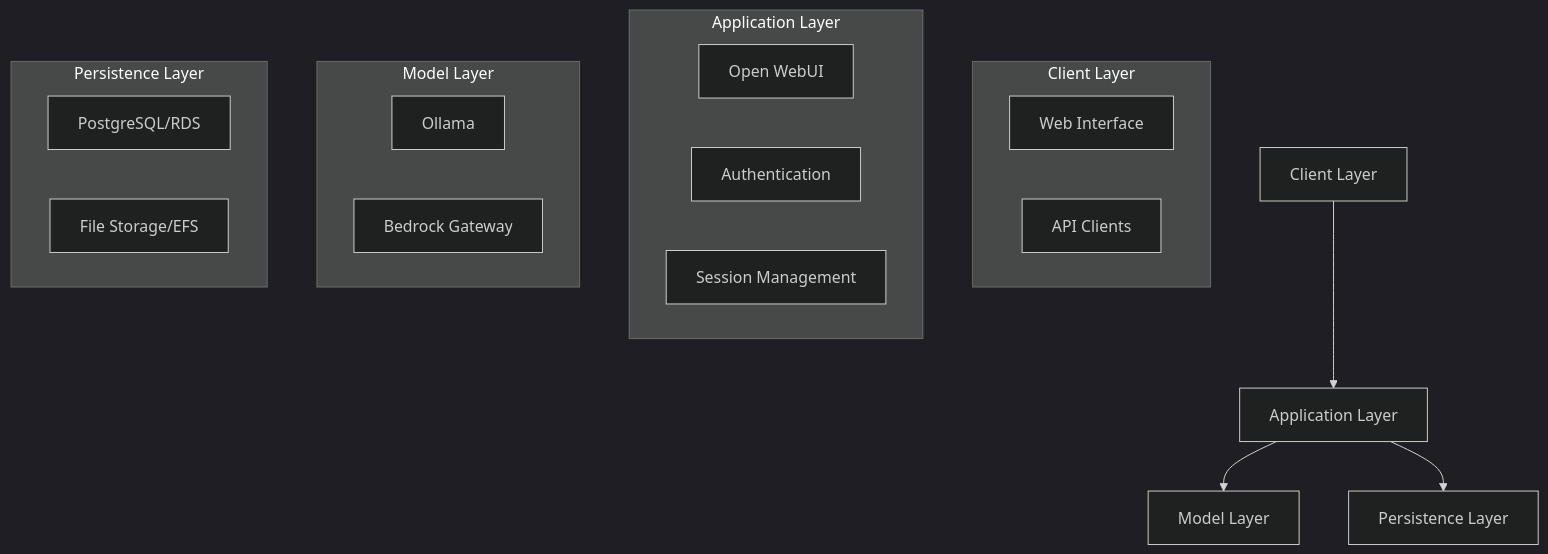
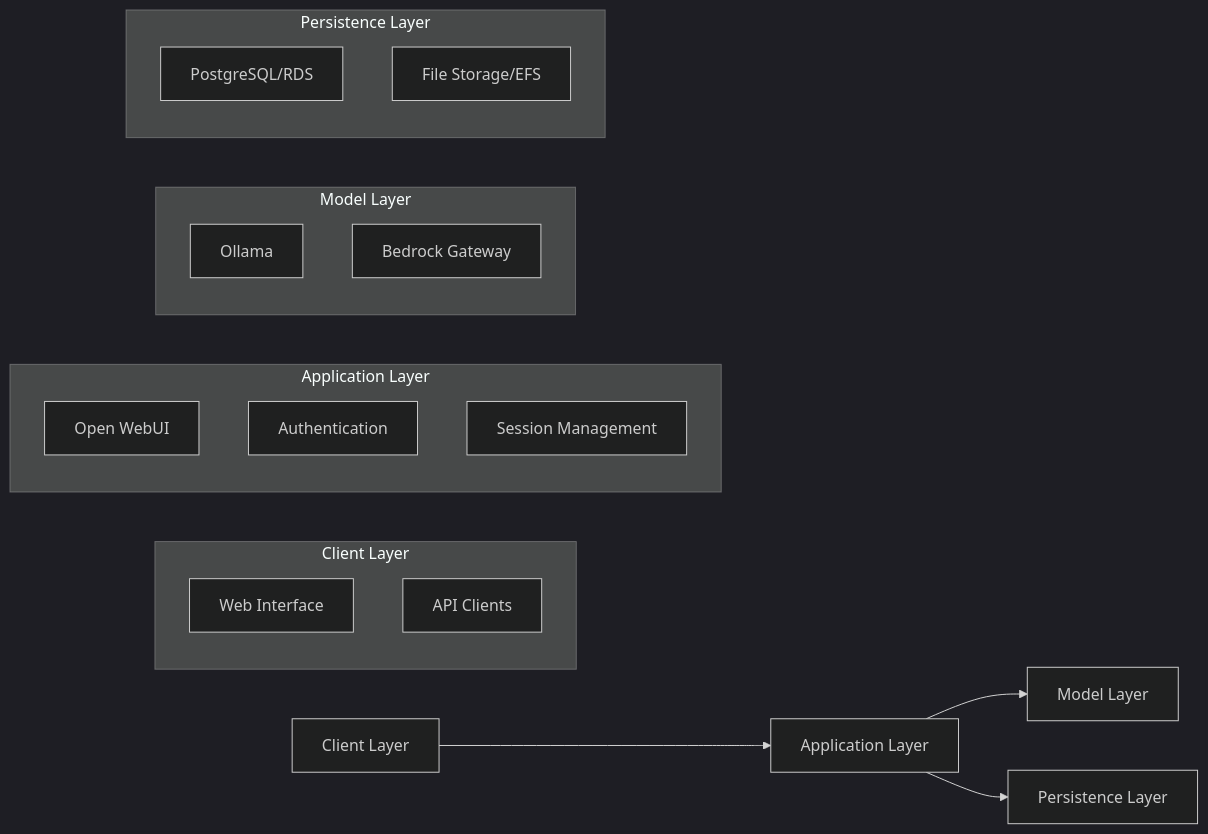
Before and after one commit to evereven-tech/horizons-omnichat: the first of 6 diagrams in docs/architecture/index.md, drawn with Mermaid (dark theme). The commit also changed other lines of this file and 2 other files, not shown here.

````diff
--- a/docs/architecture/index.md
+++ b/docs/architecture/index.md
@@ -16,27 +16,27 @@
 ```mermaid
-graph TD
+graph LR
     A[Client Layer] --> B[Application Layer]
     B --> C[Model Layer]
     B --> D[Persistence Layer]
     
     subgraph "Client Layer"
     A1[Web Interface]
     A2[API Clients]
     end
     
     subgraph "Application Layer"
     B1[Open WebUI]
     B2[Authentication]
     B3[Session Management]
     end
     
     subgraph "Model Layer"
     C1[Ollama]
     C2[Bedrock Gateway]
     end
     
     subgraph "Persistence Layer"
     D1[PostgreSQL/RDS]
     D2[File Storage/EFS]
     end
 ```
````
